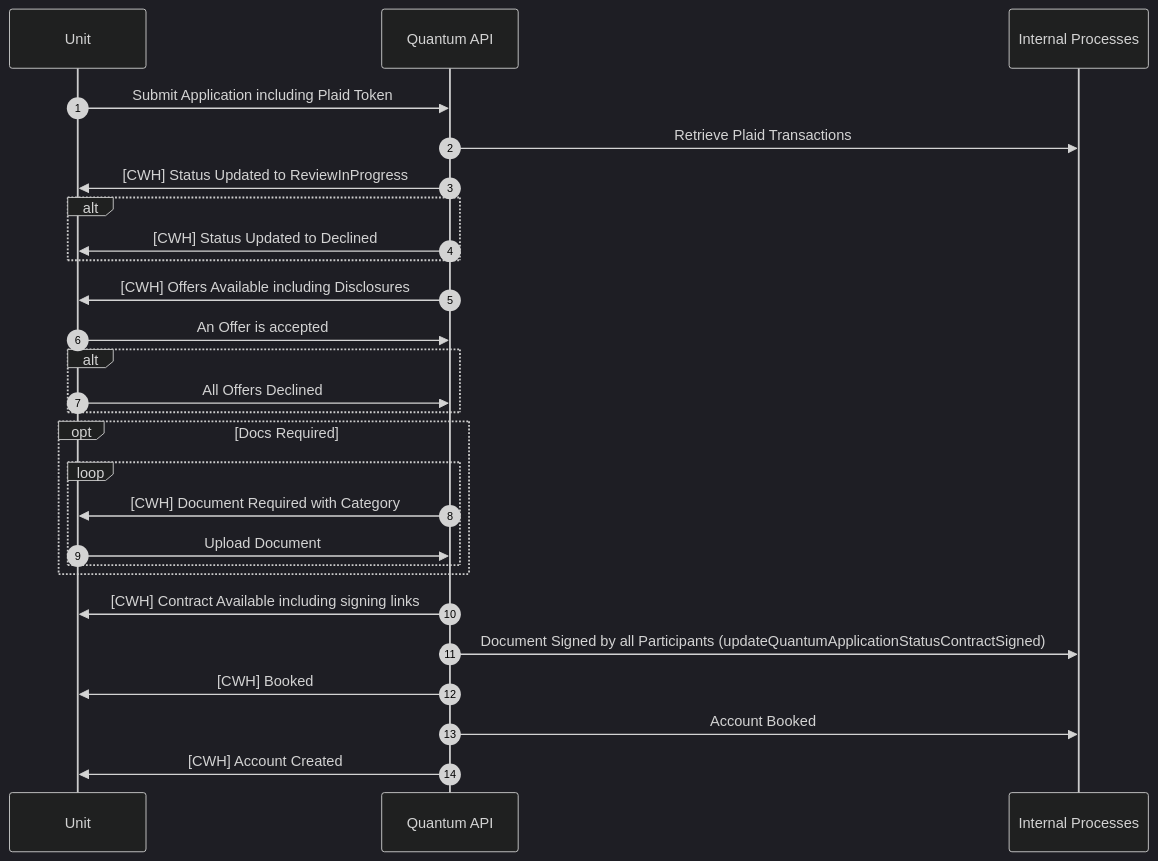
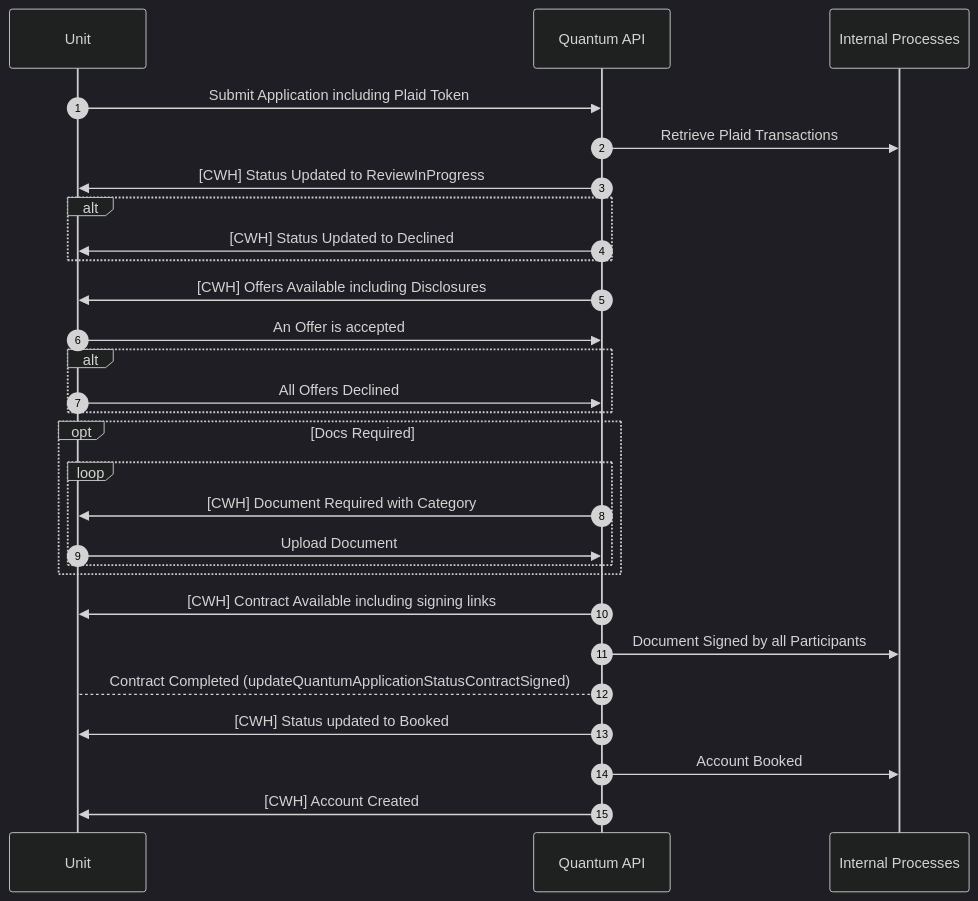
The diagram in Unit_Orginations.md (quantum-jsp/sequence-diagrams-public), drawn with Mermaid (dark theme) before and after one commit.

Commit message:
Update Quantum API status and contract messages

````diff
--- a/Unit_Orginations.md
+++ b/Unit_Orginations.md
@@ -1,32 +1,33 @@
 ```mermaid
 sequenceDiagram
     participant Unit
     participant Quantum API
     participant Internal Processes
     
     autonumber
 
     Unit ->> Quantum API: Submit Application including Plaid Token
     Quantum API ->> Internal Processes: Retrieve Plaid Transactions
     Quantum API ->> Unit: [CWH] Status Updated to ReviewInProgress
     alt 
         Quantum API ->> Unit: [CWH] Status Updated to Declined
     end 
     Quantum API ->> Unit: [CWH] Offers Available including Disclosures
     Unit ->> Quantum API: An Offer is accepted
     alt
         Unit ->> Quantum API: All Offers Declined
     end
     opt Docs Required
         loop
             Quantum API ->> Unit: [CWH] Document Required with Category
             Unit ->> Quantum API: Upload Document
         end
     end
     Quantum API ->> Unit: [CWH] Contract Available including signing links
-    Quantum API ->> Internal Processes: Document Signed by all Participants (updateQuantumApplicationStatusContractSigned)
-    Quantum API ->> Unit: [CWH] Booked
+    Quantum API ->> Internal Processes: Document Signed by all Participants
+    Quantum API --> Unit: Contract Completed (updateQuantumApplicationStatusContractSigned)
+    Quantum API ->> Unit: [CWH] Status updated to Booked
     Quantum API ->> Internal Processes: Account Booked
     Quantum API ->> Unit: [CWH] Account Created
     
 ```
````
